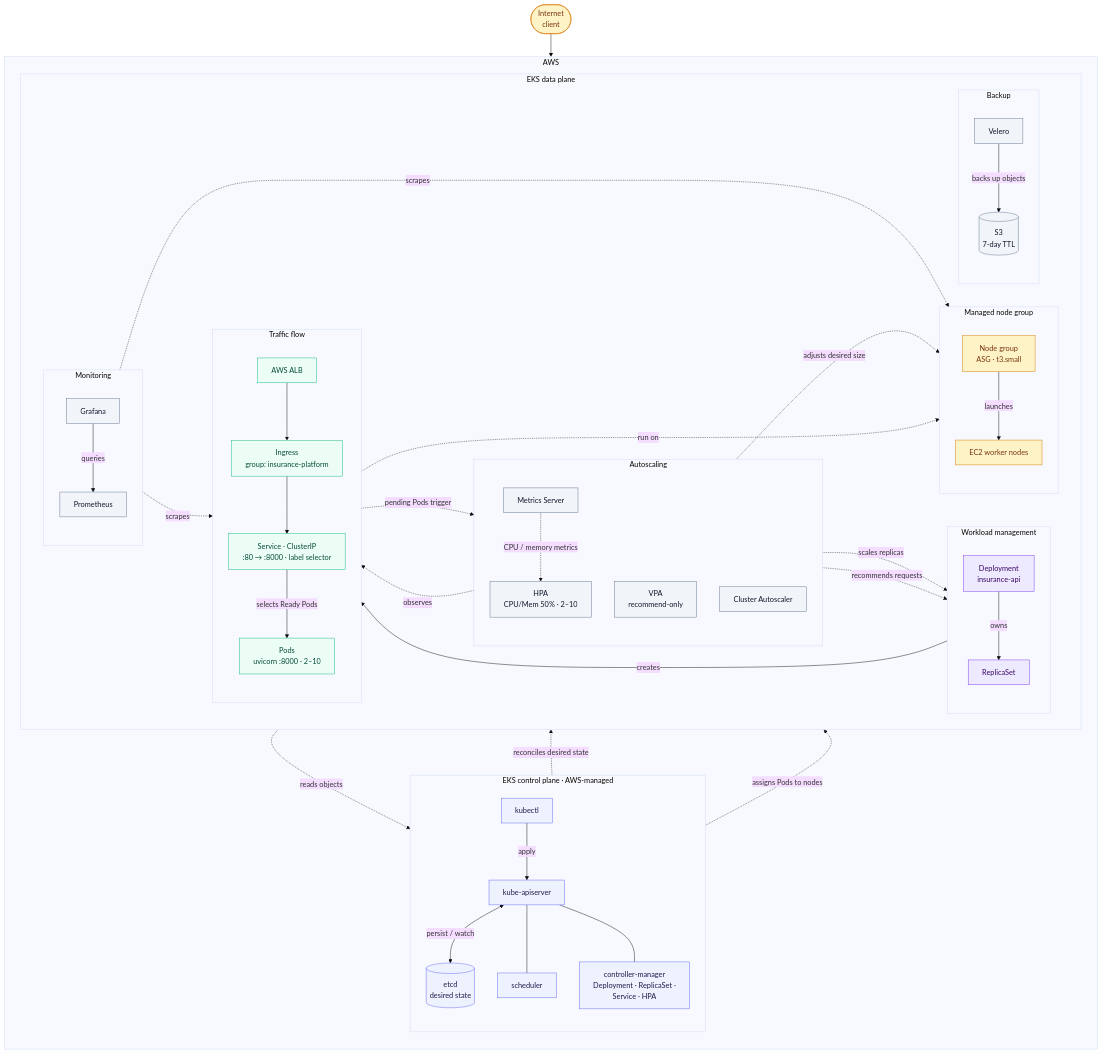
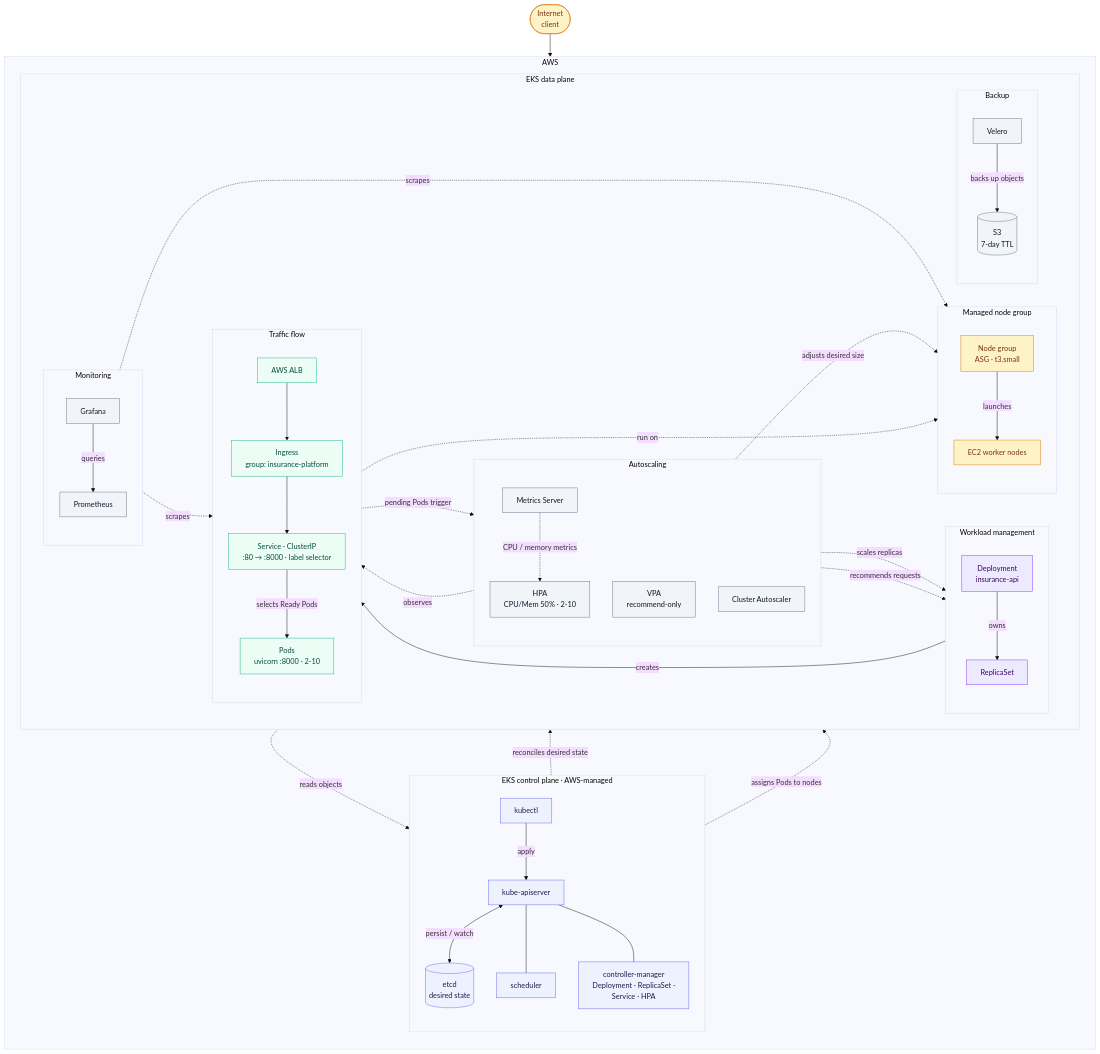
Before and after one commit to Amith-Ganta/FastAPI-ML-EKS-Platform: the diagram in docs/architecture/README.md, drawn with Mermaid (base theme). The commit also changed other lines of this file, not shown here.

Commit message:
docs(architecture): tidy punctuation in layered-view walkthrough

```diff
--- a/docs/architecture/README.md
+++ b/docs/architecture/README.md
@@ -42,8 +42,8 @@
     %%   Lane A (left)   : request path, top-to-bottom, no branches.
     %%   Lane B (center) : EKS-managed control plane, self-contained.
     %%   Lane C (right)  : platform controllers (autoscaling / monitoring / DR).
-    %% Cross-lane arrows only ever touch the Deployment or the Pods — the two
-    %% real convergence points — so no arrow passes through an unrelated box.
+    %% Cross-lane arrows only ever touch the Deployment or the Pods (the two
+    %% real convergence points), so no arrow passes through an unrelated box.
     %% ===================================================================
 
     CLIENT([" Internet<br/>client "])
@@ -75,7 +75,7 @@
           ALB["AWS ALB"]
           ING["Ingress<br/>group: insurance-platform"]
           SVC["Service · ClusterIP<br/>:80 → :8000 · label selector"]
-          PODS["Pods<br/>uvicorn :8000 · 2–10"]
+          PODS["Pods<br/>uvicorn :8000 · 2-10"]
           ALB --> ING --> SVC
           SVC -->|selects Ready Pods| PODS
         end
@@ -98,7 +98,7 @@
         subgraph SCALE["Autoscaling"]
           direction TB
           MS["Metrics Server"]
-          HPA["HPA<br/>CPU/Mem 50% · 2–10"]
+          HPA["HPA<br/>CPU/Mem 50% · 2-10"]
           VPA["VPA<br/>recommend-only"]
           CA["Cluster Autoscaler"]
         end
```
